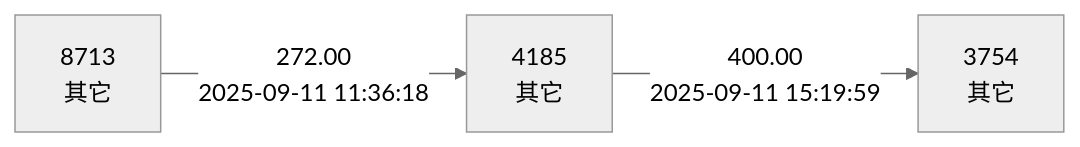
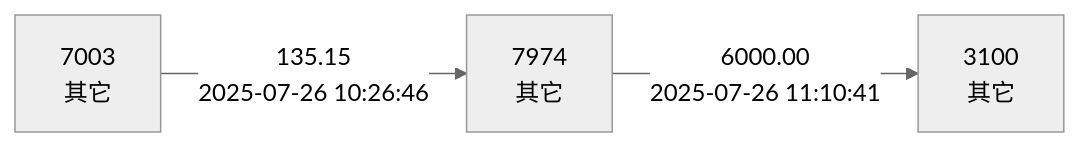
Before and after one commit to ooooorrange-ship-it/fintech-pipeline: the ninth of 15 diagrams in docs/task3_link_visualization_samples.md, drawn with Mermaid (neutral theme). The commit also changed other lines of this file and 69 other files, not shown here.

Commit message:
完善动态图谱模型与双层研判交付

````diff
--- a/docs/task3_link_visualization_samples.md
+++ b/docs/task3_link_visualization_samples.md
@@ -47,5 +71,5 @@
 ```mermaid
 flowchart LR
-  A["8713\n其它"] -->|"272.00\n2025-09-11 11:36:18"| B["4185\n其它"]
-  B -->|"400.00\n2025-09-11 15:19:59"| C["3754\n其它"]
+  A["7003\n其它"] -->|"135.15\n2025-07-26 10:26:46"| B["7974\n其它"]
+  B -->|"6000.00\n2025-07-26 11:10:41"| C["3100\n其它"]
 ```
````
